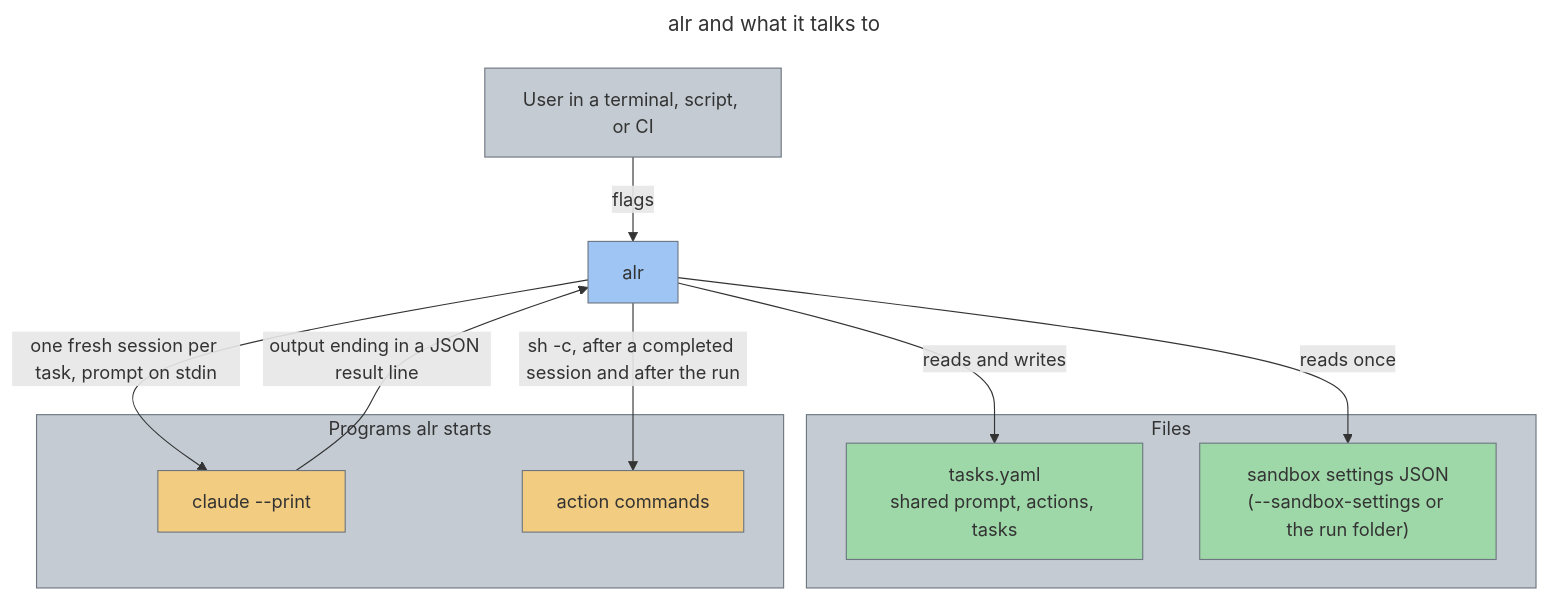
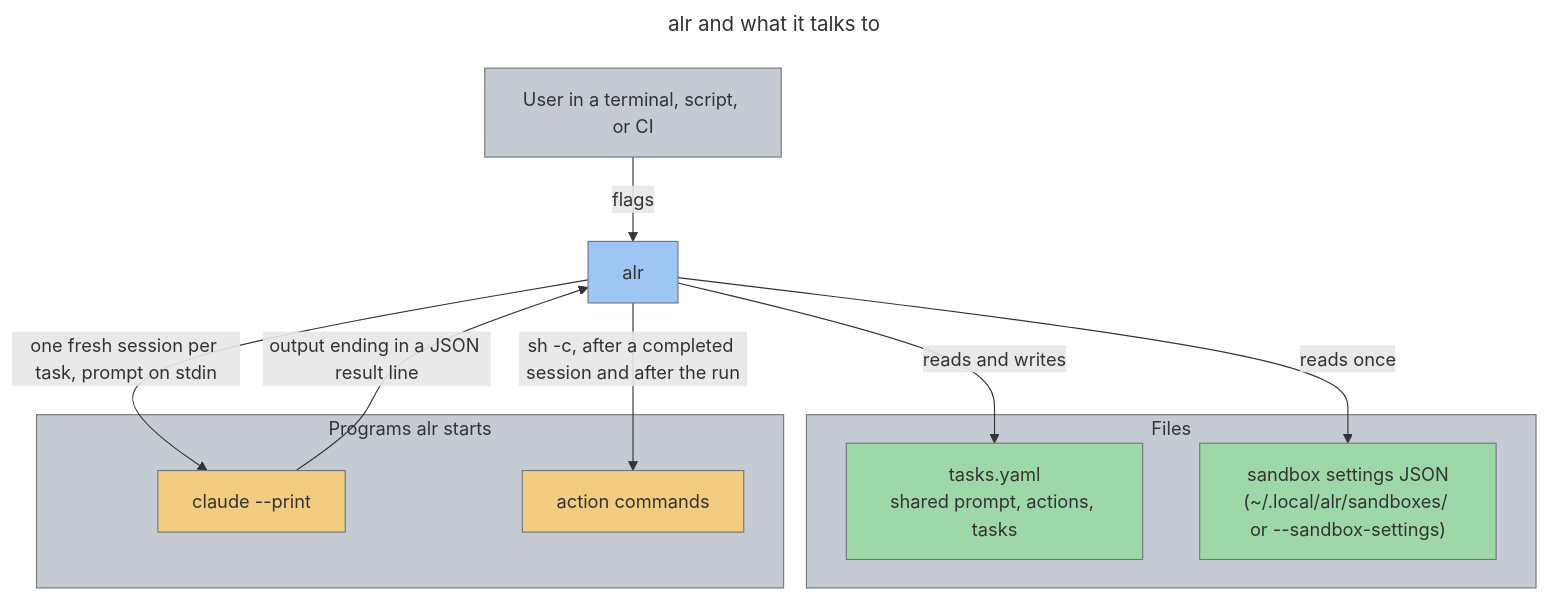
The diagram in docs/design/00_overview.md (twistingmercury/agentic_loop_runner), drawn with Mermaid before and after one commit. The commit also changed other lines of this file and 39 other files, not shown here.

First line of the commit message:
Sandboxes are files in the config folder, picked by name (ADR-032) (#53)

````diff
--- a/docs/design/00_overview.md
+++ b/docs/design/00_overview.md
@@ -30,32 +30,32 @@
 ```mermaid
 ---
 title: alr and what it talks to
 ---
 flowchart TD
     user["User in a terminal, script, or CI"]:::gray
     alr["alr"]:::blue
 
     subgraph files["Files"]
         tasks["tasks.yaml<br/>shared prompt, actions, tasks"]:::green
-        sandbox["sandbox settings JSON<br/>(--sandbox-settings or the run folder)"]:::green
+        sandbox["sandbox settings JSON<br/>(~/.local/alr/sandboxes/ or --sandbox-settings)"]:::green
     end
 
     subgraph programs["Programs alr starts"]
         claude["claude --print"]:::amber
         actions["action commands"]:::amber
     end
 
     user -->|flags| alr
     alr -->|reads and writes| tasks
     alr -->|reads once| sandbox
     alr -->|"one fresh session per task, prompt on stdin"| claude
     claude -->|"output ending in a JSON result line"| alr
     alr -->|"sh -c, after a completed session and after the run"| actions
 
     classDef blue fill:#9ec5f4,stroke:#6e7781,color:#333333
     classDef green fill:#9fd8a8,stroke:#6e7781,color:#333333
     classDef amber fill:#f2cc80,stroke:#6e7781,color:#333333
     classDef gray fill:#c4cbd3,stroke:#6e7781,color:#333333
     style files fill:#c4cbd3,stroke:#6e7781,color:#333333
     style programs fill:#c4cbd3,stroke:#6e7781,color:#333333
 ```
````
